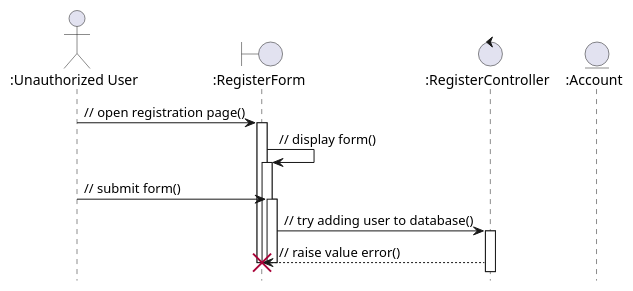
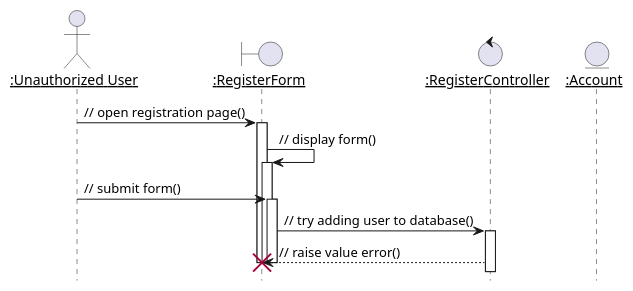
One commit to Huy-Ngo/acanban changed the diagram in docs/source/meth/implementation/uml/register-wrong-role.puml. Above: the diagram before and after it, drawn with PlantUML. The commit also changed 7 other files, not shown here.

Commit message:
Add underline for sequence diagram

```diff
--- a/docs/source/meth/implementation/uml/register-wrong-role.puml
+++ b/docs/source/meth/implementation/uml/register-wrong-role.puml
@@ -1,16 +1,17 @@
 @startuml
 hide footbox
 autoactivate on
+skinparam sequenceParticipant underline
 actor ":Unauthorized User" as usr
 boundary ":RegisterForm" as form
 control ":RegisterController" as ctl
 entity ":Account" as acc
 
 usr -> form: // open registration page()
 form -> form: // display form()
 usr -> form: // submit form()
 form -> ctl: // try adding user to database()
 form <-- ctl !!: // raise value error()
 deactivate form
 deactivate form
 @enduml
```
